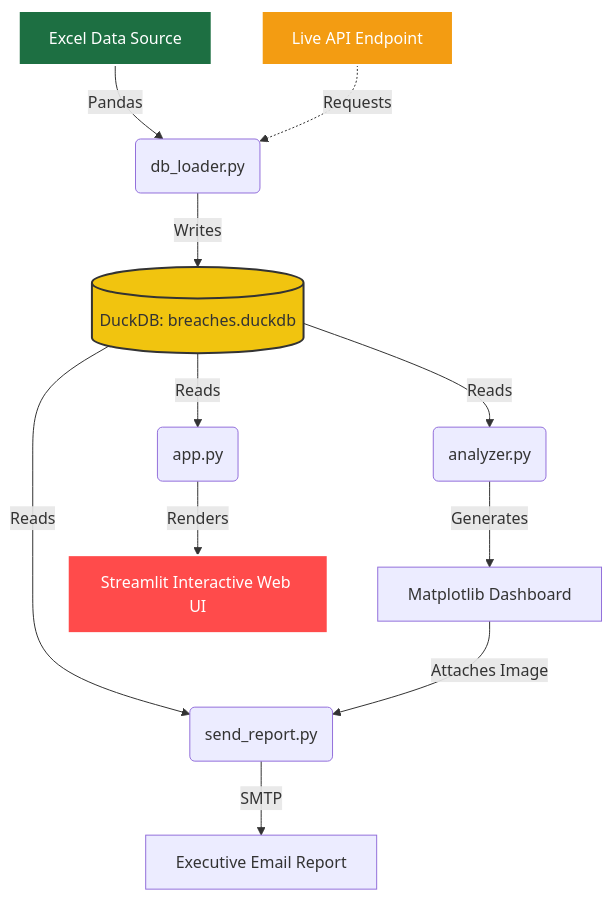
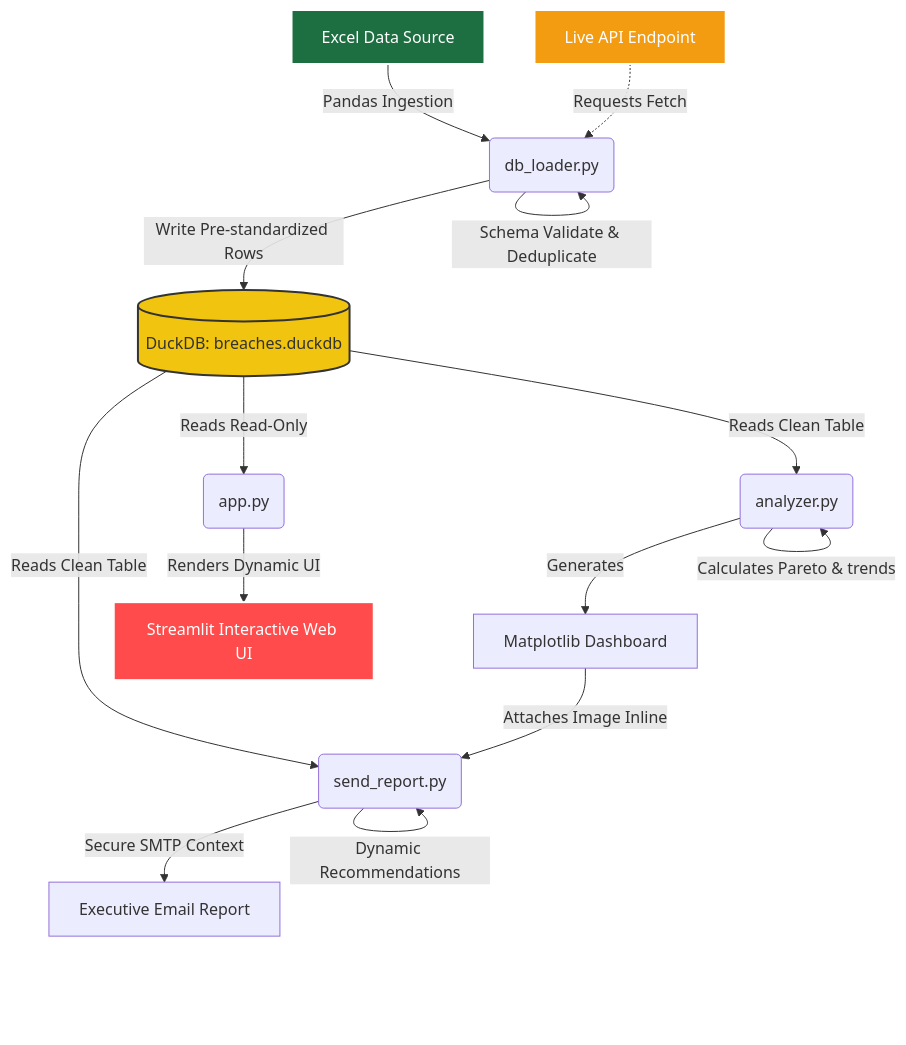
Before and after one commit to OLAMIGHTY010/bi-analyst-case-study: the diagram in README.md, drawn with Mermaid. The commit also changed other lines of this file and 10 other files, not shown here.

````diff
--- a/README.md
+++ b/README.md
@@ -11,21 +13,24 @@
 ```mermaid
 graph TD
-    A[Excel Data Source] -->|Pandas| C(db_loader.py)
-    B[Live API Endpoint] -.->|Requests| C
-    C -->|Writes| D[(DuckDB: breaches.duckdb)]
+    A[Excel Data Source] -->|Pandas Ingestion| C(db_loader.py)
+    B[Live API Endpoint] -.->|Requests Fetch| C
+    C -->|Schema Validate & Deduplicate| C
+    C -->|Write Pre-standardized Rows| D[(DuckDB: breaches.duckdb)]
     
-    D -->|Reads| E(analyzer.py)
+    D -->|Reads Clean Table| E(analyzer.py)
+    E -->|Calculates Pareto & trends| E
     E -->|Generates| F[Matplotlib Dashboard]
     
-    D -->|Reads| G(send_report.py)
-    F -->|Attaches Image| G
-    G -->|SMTP| H[Executive Email Report]
+    D -->|Reads Clean Table| G(send_report.py)
+    F -->|Attaches Image Inline| G
+    G -->|Dynamic Recommendations| G
+    G -->|Secure SMTP Context| H[Executive Email Report]
     
-    D -->|Reads| I(app.py)
-    I -->|Renders| J[Streamlit Interactive Web UI]
+    D -->|Reads Read-Only| I(app.py)
+    I -->|Renders Dynamic UI| J[Streamlit Interactive Web UI]
     
     style A fill:#1d6f42,stroke:#fff,stroke-width:2px,color:#fff
     style B fill:#f39c12,stroke:#fff,stroke-width:2px,color:#fff
     style D fill:#f1c40f,stroke:#333,stroke-width:2px,color:#333
     style J fill:#ff4b4b,stroke:#fff,stroke-width:2px,color:#fff
 ```
````
